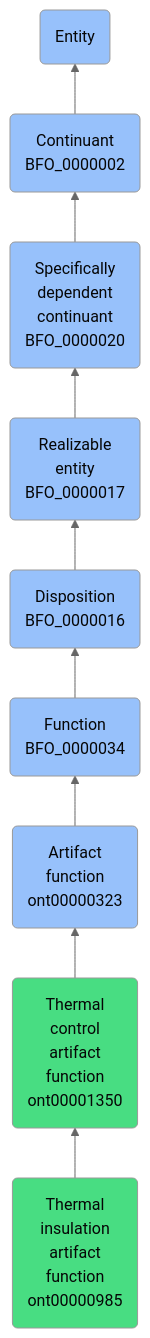
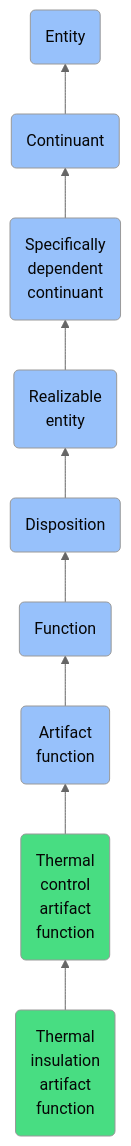
Before and after one commit to jupyter-naas/abi: the diagram in docs/ontology/reference/model/Entity/Continuant/Specifically dependent continuant/Realizable entity/Disposition/Function/Artifact function/Thermal control artifact function/Thermal insulation artifact function/Thermal insulation artifact function.md, drawn with Mermaid (neutral theme). The commit also changed other lines of this file and 1430 other files, not shown here.

````diff
--- a/docs/ontology/reference/model/Entity/Continuant/Specifically dependent continuant/Realizable entity/Disposition/Function/Artifact function/Thermal control artifact function/Thermal insulation artifact function/Thermal insulation artifact function.md
+++ b/docs/ontology/reference/model/Entity/Continuant/Specifically dependent continuant/Realizable entity/Disposition/Function/Artifact function/Thermal control artifact function/Thermal insulation artifact function/Thermal insulation artifact function.md
@@ -24,16 +24,16 @@
 ```mermaid
 graph BT
-    ont00000985(Thermal<br>insulation<br>artifact<br>function<br>ont00000985):::ABI-->ont00001350
-    ont00001350(Thermal<br>control<br>artifact<br>function<br>ont00001350):::ABI-->ont00000323
-    ont00000323(Artifact<br>function<br>ont00000323):::BFO-->BFO_0000034
-    BFO_0000034(Function<br>BFO_0000034):::BFO-->BFO_0000016
-    BFO_0000016(Disposition<br>BFO_0000016):::BFO-->BFO_0000017
-    BFO_0000017(Realizable<br>entity<br>BFO_0000017):::BFO-->BFO_0000020
-    BFO_0000020(Specifically<br>dependent<br>continuant<br>BFO_0000020):::BFO-->BFO_0000002
-    BFO_0000002(Continuant<br>BFO_0000002):::BFO-->BFO_0000001
+    ont00000985(Thermal<br>insulation<br>artifact<br>function):::ABI-->ont00001350
+    ont00001350(Thermal<br>control<br>artifact<br>function):::ABI-->ont00000323
+    ont00000323(Artifact<br>function):::BFO-->BFO_0000034
+    BFO_0000034(Function):::BFO-->BFO_0000016
+    BFO_0000016(Disposition):::BFO-->BFO_0000017
+    BFO_0000017(Realizable<br>entity):::BFO-->BFO_0000020
+    BFO_0000020(Specifically<br>dependent<br>continuant):::BFO-->BFO_0000002
+    BFO_0000002(Continuant):::BFO-->BFO_0000001
     BFO_0000001(Entity):::BFO
     
     classDef BFO fill:#97c1fb,color:#060606
     classDef CCO fill:#e4c51e,color:#060606
     classDef ABI fill:#48DD82,color:#060606
 ```
````
